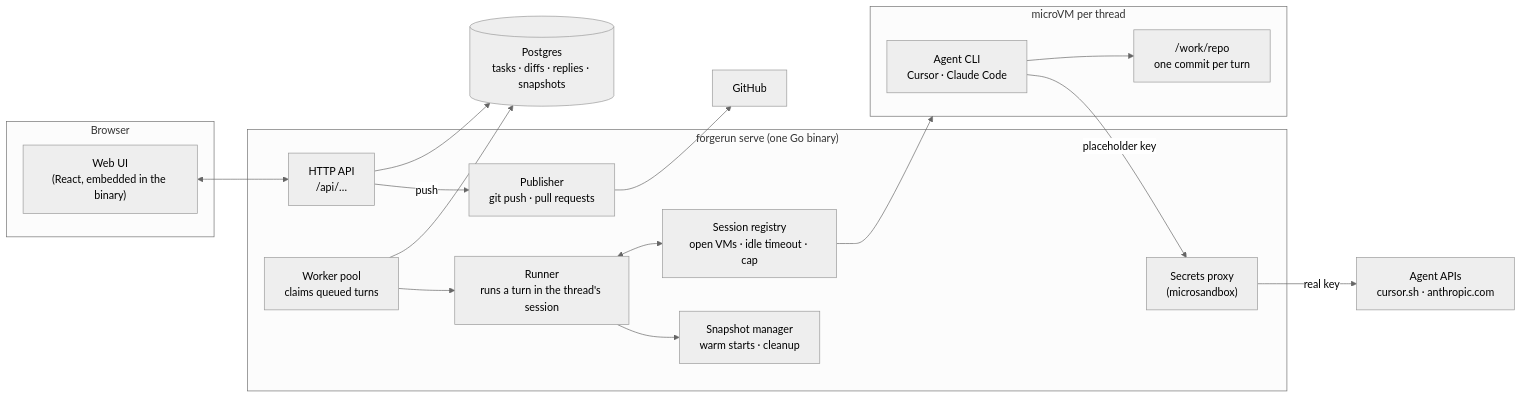
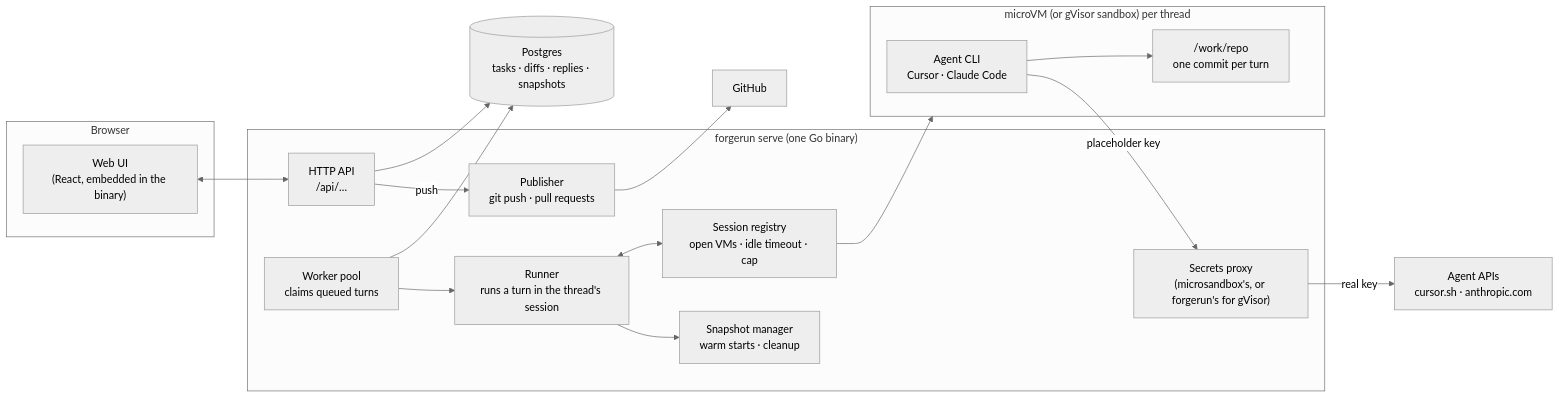
The first of 3 diagrams in README.md (depak7/forgerun), drawn with Mermaid (neutral theme) before and after one commit. The commit also changed other lines of this file and 46 other files, not shown here.

````diff
--- a/README.md
+++ b/README.md
@@ -93,36 +98,36 @@
 ```mermaid
 flowchart LR
     subgraph Browser
         UI["Web UI<br/>(React, embedded in the binary)"]
     end
 
     subgraph Host["forgerun serve (one Go binary)"]
         API["HTTP API<br/>/api/…"]
         Pool["Worker pool<br/>claims queued turns"]
         Runner["Runner<br/>runs a turn in the thread's session"]
         Sessions["Session registry<br/>open VMs · idle timeout · cap"]
         Snap["Snapshot manager<br/>warm starts · cleanup"]
         Pub["Publisher<br/>git push · pull requests"]
-        Proxy["Secrets proxy<br/>(microsandbox)"]
+        Proxy["Secrets proxy<br/>(microsandbox's, or forgerun's for gVisor)"]
     end
 
-    subgraph VM["microVM per thread"]
+    subgraph VM["microVM (or gVisor sandbox) per thread"]
         Agent["Agent CLI<br/>Cursor · Claude Code"]
         Repo["/work/repo<br/>one commit per turn"]
     end
 
     DB[("Postgres<br/>tasks · diffs · replies · snapshots")]
     GH["GitHub"]
     LLM["Agent APIs<br/>cursor.sh · anthropic.com"]
 
     UI <--> API
     API --> DB
     Pool --> DB
     Pool --> Runner
     Runner <--> Sessions
     Runner --> Snap
     Sessions --> VM
     Agent --> Repo
     Agent -- "placeholder key" --> Proxy -- "real key" --> LLM
     API -- "push" --> Pub --> GH
 ```
````
